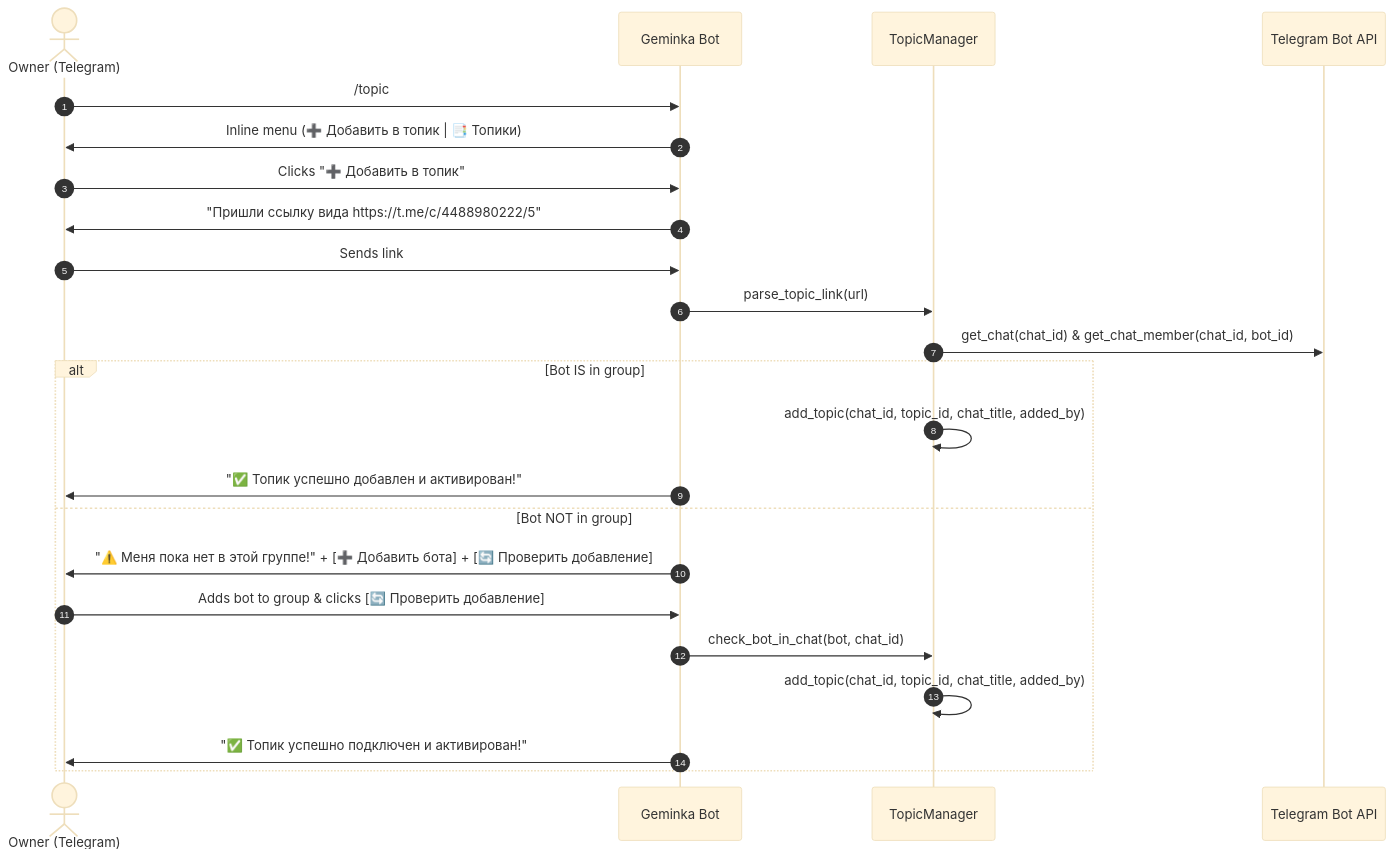
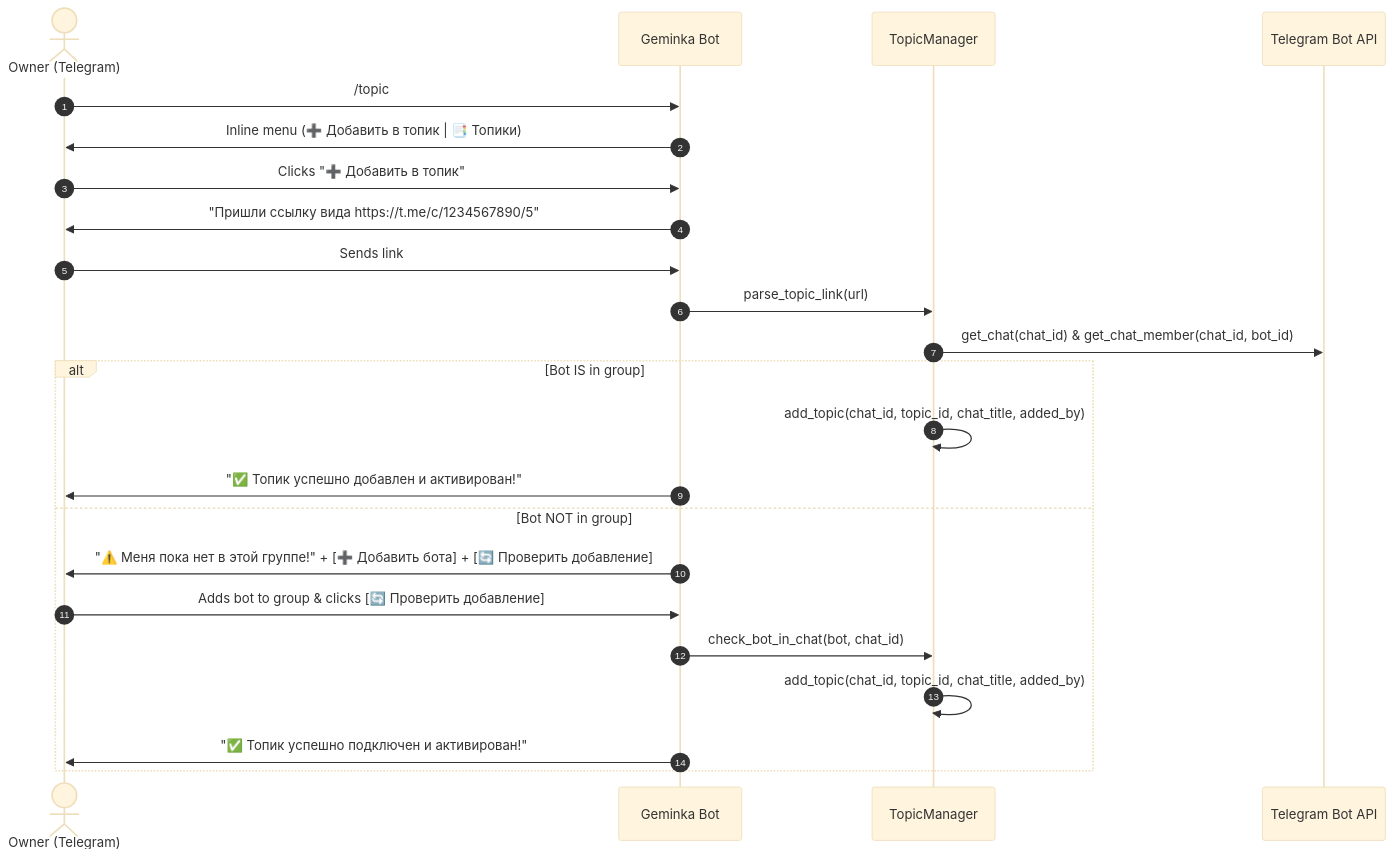
Before and after one commit to SkrudjReal/geminka-agent: the diagram in skills/telegram-topic-manager/SKILL.md, drawn with Mermaid (base theme). The commit also changed other lines of this file and 62 other files, not shown here.

````diff
--- a/skills/telegram-topic-manager/SKILL.md
+++ b/skills/telegram-topic-manager/SKILL.md
@@ -56,26 +56,26 @@
 ```mermaid
 sequenceDiagram
     autonumber
     actor User as Owner (Telegram)
     participant Bot as Geminka Bot
     participant TM as TopicManager
     participant API as Telegram Bot API
 
     User->>Bot: /topic
     Bot->>User: Inline menu (➕ Добавить в топик | 📑 Топики)
     User->>Bot: Clicks "➕ Добавить в топик"
-    Bot->>User: "Пришли ссылку вида https://t.me/c/4488980222/5"
+    Bot->>User: "Пришли ссылку вида https://t.me/c/1234567890/5"
     User->>Bot: Sends link
     Bot->>TM: parse_topic_link(url)
     TM->>API: get_chat(chat_id) & get_chat_member(chat_id, bot_id)
     alt Bot IS in group
         TM->>TM: add_topic(chat_id, topic_id, chat_title, added_by)
         Bot->>User: "✅ Топик успешно добавлен и активирован!"
     else Bot NOT in group
         Bot->>User: "⚠️ Меня пока нет в этой группе!" + [➕ Добавить бота] + [🔄 Проверить добавление]
         User->>Bot: Adds bot to group & clicks [🔄 Проверить добавление]
         Bot->>TM: check_bot_in_chat(bot, chat_id)
         TM->>TM: add_topic(chat_id, topic_id, chat_title, added_by)
         Bot->>User: "✅ Топик успешно подключен и активирован!"
     end
 ```
````
